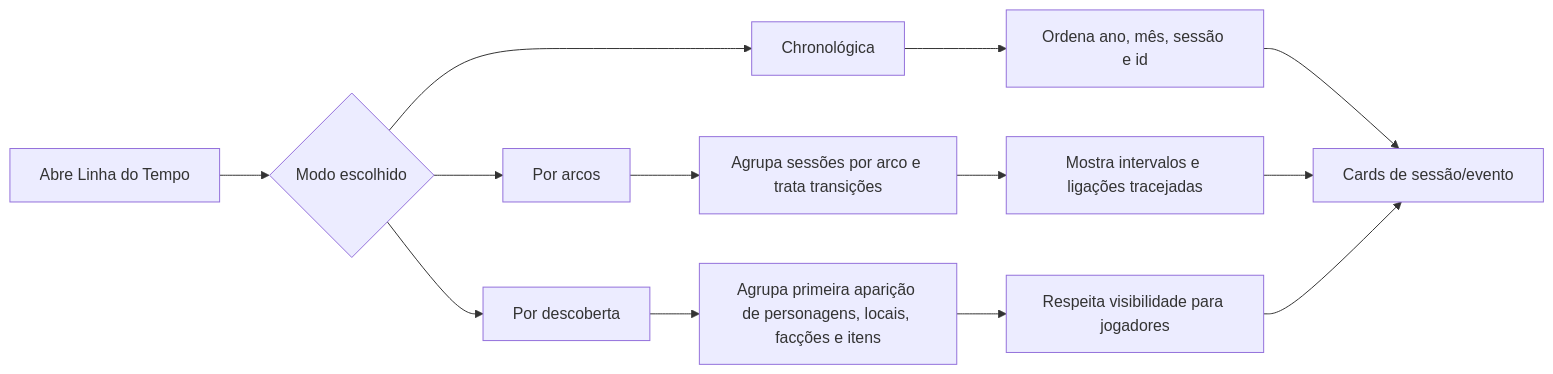
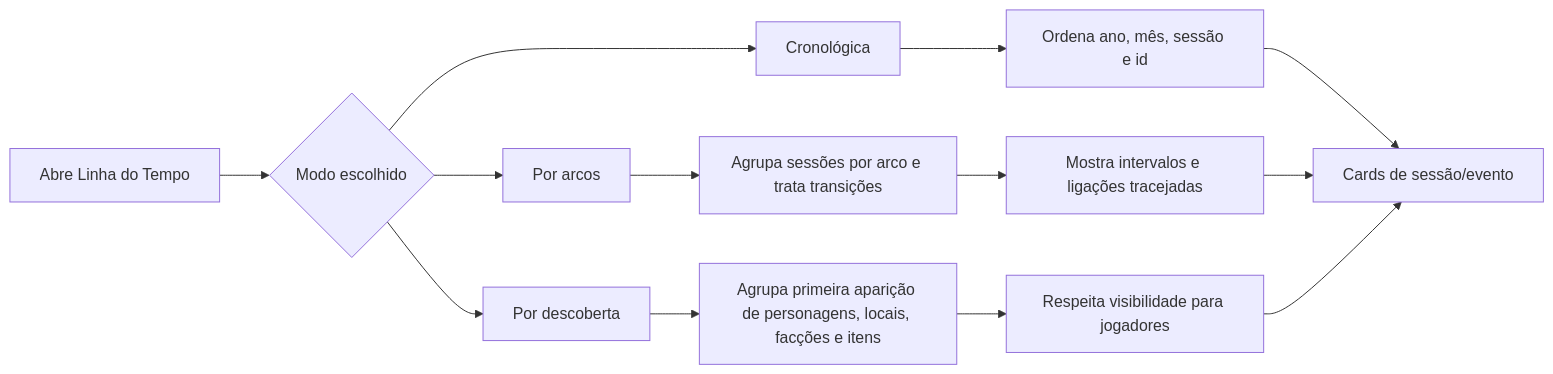
One commit to ricardopiloto/interactive-map changed diagram 14 of 15 in docs/flows.md. Above: the diagram before and after it, drawn with Mermaid. The commit also changed other lines of this file and 19 other files, not shown here.

````diff
--- a/docs/flows.md
+++ b/docs/flows.md
@@ -62,15 +225,15 @@
 ```mermaid
 flowchart LR
   A[Abre Linha do Tempo] --> B{Modo escolhido}
-  B --> C[Chronológica]
+  B --> C[Cronológica]
   B --> D[Por arcos]
   B --> E[Por descoberta]
   C --> F[Ordena ano, mês, sessão e id]
   D --> G[Agrupa sessões por arco e trata transições]
   G --> H[Mostra intervalos e ligações tracejadas]
   E --> I[Agrupa primeira aparição de personagens, locais, facções e itens]
   I --> J[Respeita visibilidade para jogadores]
   F --> K[Cards de sessão/evento]
   H --> K
   J --> K
 ```
````
